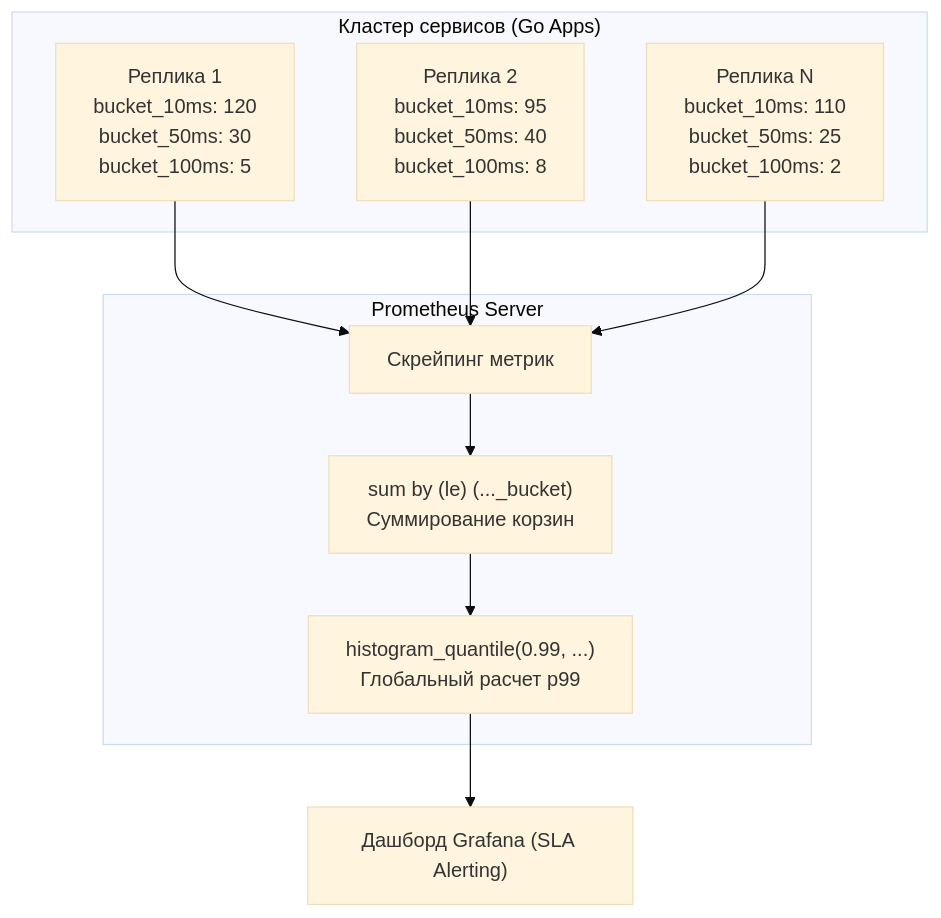
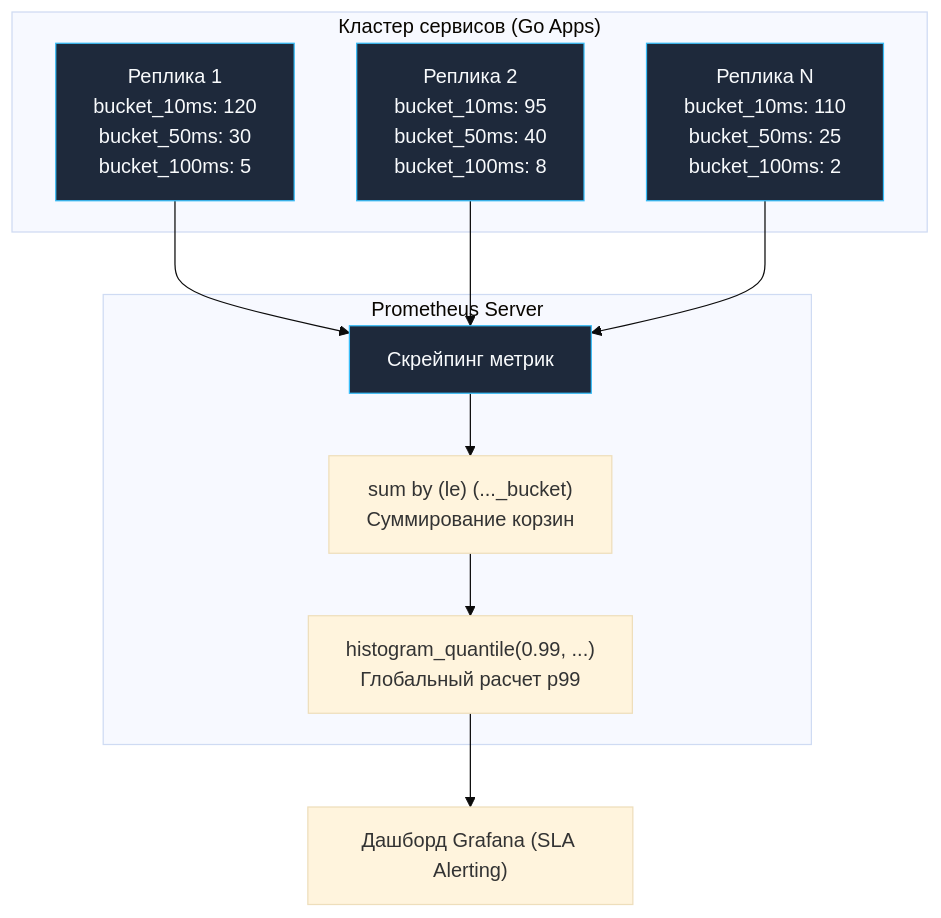
The diagram in sources/15. Тестирование в Go (QA & Testing)/09. Производительность/7. p95, p99 и метрики.md (UnrealTemplier/go-textbook), drawn with Mermaid (base theme) before and after one commit. The commit also changed 1666 other files, not shown here.

First line of the commit message:
feat(mermaid): add semantic color classDef to 1369 colorless flowchart/graph diagrams

````diff
--- a/sources/15. Тестирование в Go (QA & Testing)/09. Производительность/7. p95, p99 и метрики.md
+++ b/sources/15. Тестирование в Go (QA & Testing)/09. Производительность/7. p95, p99 и метрики.md
@@ -122,18 +122,28 @@
 ```mermaid
 flowchart TD
+    classDef process  fill:#1e293b,stroke:#38bdf8,stroke-width:1px,color:#f8fafc
+    classDef success  fill:#064e3b,stroke:#34d399,stroke-width:1px,color:#f8fafc
+    classDef error    fill:#7f1d1d,stroke:#f87171,stroke-width:1px,color:#f8fafc
+    classDef warning  fill:#78350f,stroke:#fbbf24,stroke-width:1px,color:#f8fafc
+    classDef entry    fill:#1e3a5f,stroke:#38bdf8,stroke-width:2px,color:#f8fafc
+    classDef aux      fill:#334155,stroke:#64748b,stroke-width:1px,color:#f8fafc
+    classDef system   fill:#312e81,stroke:#a78bfa,stroke-width:1px,color:#f8fafc
+    classDef data     fill:#132d29,stroke:#2dd4bf,stroke-width:1px,color:#f8fafc
+    classDef network  fill:#881337,stroke:#fb7185,stroke-width:1px,color:#f8fafc
+    classDef accent   fill:#1e1b4b,stroke:#818cf8,stroke-width:1px,color:#f8fafc
     subgraph Instances ["Кластер сервисов (Go Apps)"]
-        I1["Реплика 1<br>bucket_10ms: 120<br>bucket_50ms: 30<br>bucket_100ms: 5"]
-        I2["Реплика 2<br>bucket_10ms: 95<br>bucket_50ms: 40<br>bucket_100ms: 8"]
-        I3["Реплика N<br>bucket_10ms: 110<br>bucket_50ms: 25<br>bucket_100ms: 2"]
+        I1["Реплика 1<br>bucket_10ms: 120<br>bucket_50ms: 30<br>bucket_100ms: 5"]:::process
+        I2["Реплика 2<br>bucket_10ms: 95<br>bucket_50ms: 40<br>bucket_100ms: 8"]:::process
+        I3["Реплика N<br>bucket_10ms: 110<br>bucket_50ms: 25<br>bucket_100ms: 2"]:::process
     end
 
     subgraph PrometheusServer ["Prometheus Server"]
-        Scrape["Скрейпинг метрик"] --> Sum["sum by (le) (..._bucket)<br>Суммирование корзин"]
+        Scrape["Скрейпинг метрик"]:::process --> Sum["sum by (le) (..._bucket)<br>Суммирование корзин"]
         Sum --> Quantile["histogram_quantile(0.99, ...)<br>Глобальный расчет p99"]
     end
 
     I1 --> Scrape
     I2 --> Scrape
     I3 --> Scrape
     Quantile --> Grafana["Дашборд Grafana (SLA Alerting)"]
 ```
````
